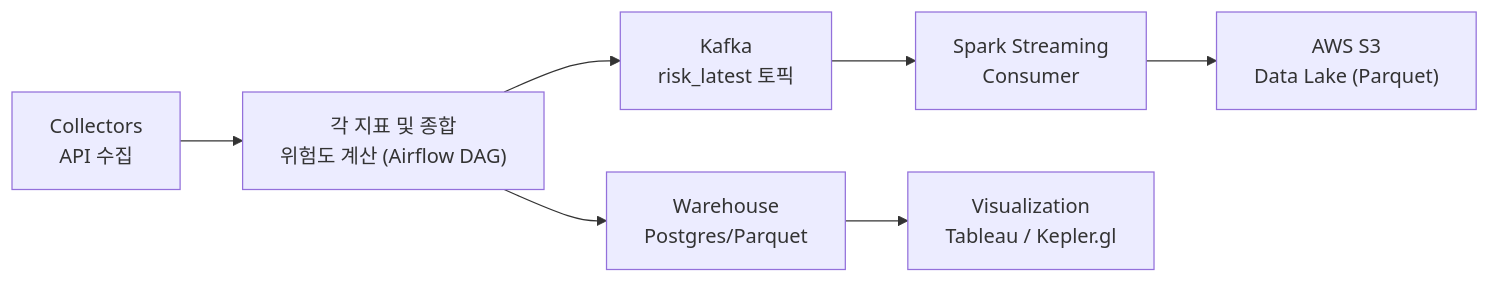
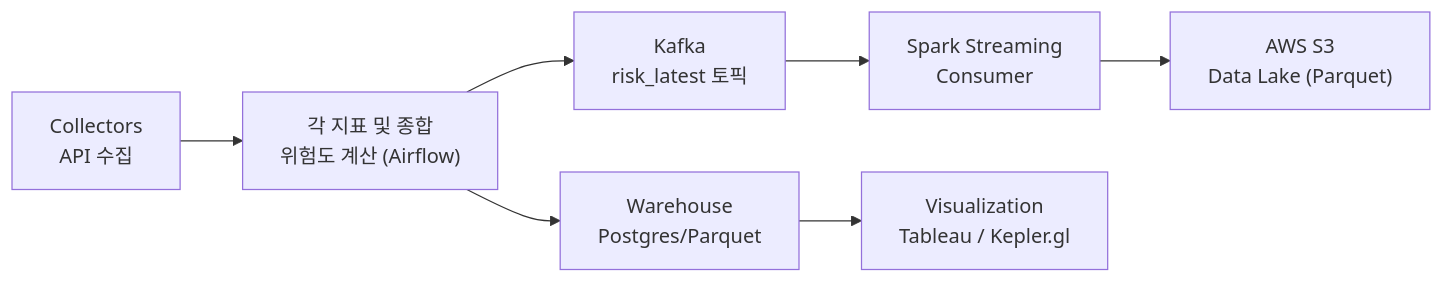
Before and after one commit to HongJunseong/weather-risk-assessment: the diagram in README.md, drawn with Mermaid. The commit also changed other lines of this file, not shown here.

````diff
--- a/README.md
+++ b/README.md
@@ -75,9 +75,9 @@
 ```mermaid
 flowchart LR
-  A["Collectors<br>API 수집"] --> B["각 지표 및 종합<br>위험도 계산 (Airflow DAG)"]
+  A["Collectors<br>API 수집"] --> B["각 지표 및 종합<br>위험도 계산 (Airflow)"]
   B --> C["Warehouse<br>Postgres/Parquet"]
   B --> K["Kafka<br>risk_latest 토픽"]
   K --> S["Spark Streaming<br>Consumer"]
   S --> L["AWS S3<br>Data Lake (Parquet)"]
   C --> V["Visualization<br>Tableau / Kepler.gl"]
 ```
````
